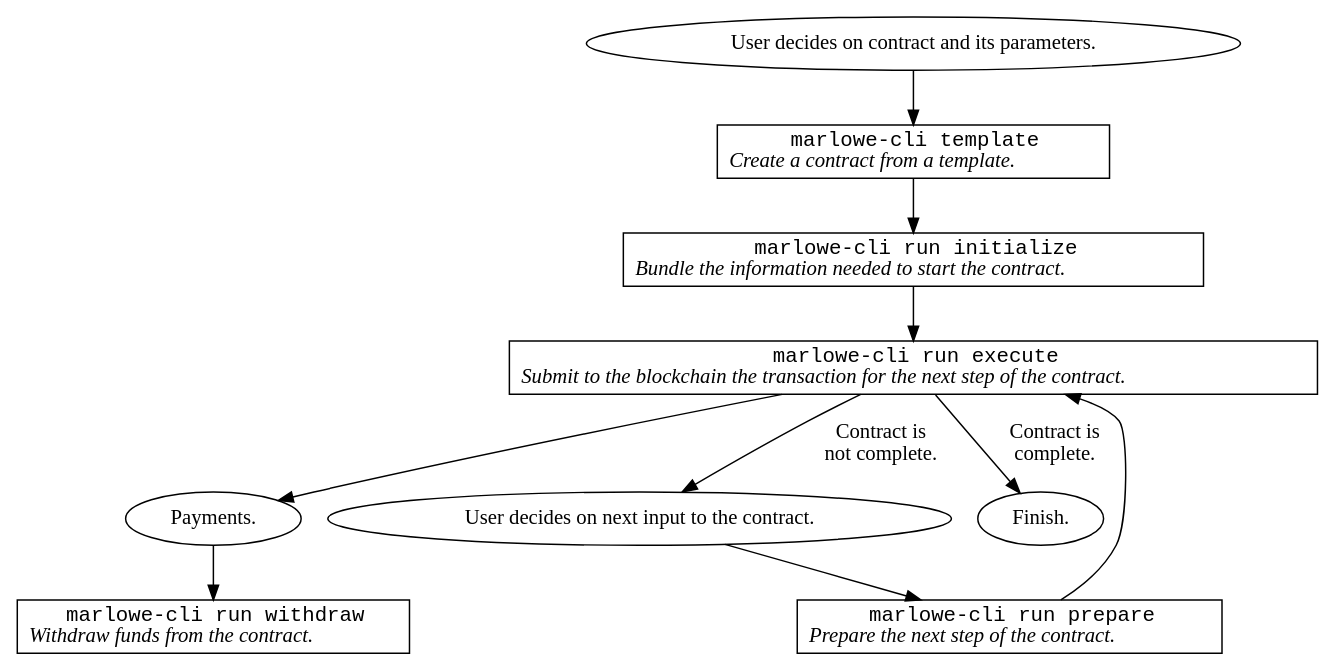
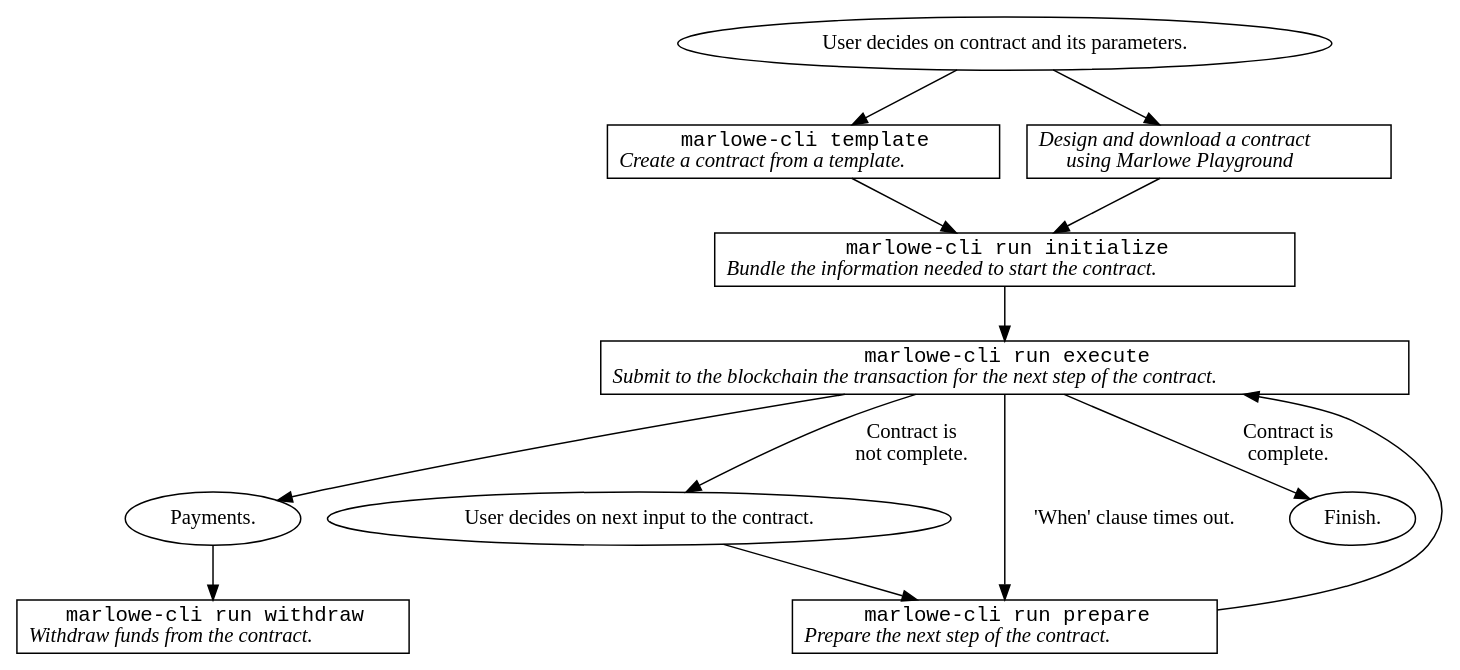
One commit to input-output-hk/marlowe-cardano changed the diagram in marlowe-cli/doc/diagrams/high-level-workflow.dot. Above: the diagram before and after it, drawn with Graphviz. The commit also changed 137 other files, not shown here.

```diff
--- a/marlowe-cli/doc/diagrams/high-level-workflow.dot
+++ b/marlowe-cli/doc/diagrams/high-level-workflow.dot
@@ -1,52 +1,62 @@
-digraph MarloweHL {
+digraph HighLevelConcrete {
 
 
 node [shape=box]
 
 
 UserSelect [shape=oval label="User decides on contract and its parameters."]
 
 
 Template [label=<<font face="monospace">marlowe-cli template</font><br/><i>Create a contract from a template.</i>>]
 
 UserSelect -> Template
 
 
+Playground [label=<<i>Design and download a contract<br/>using Marlowe Playground</i>>]
+
+UserSelect -> Playground
+
+
 Initialize [label=<<font face="monospace">marlowe-cli run initialize</font><br/><i>Bundle the information needed to start the contract.</i>>]
 
 Template -> Initialize
+
+Playground -> Initialize
 
 
 Execute [label=<<font face="monospace">marlowe-cli run execute</font><br/><i>Submit to the blockchain the transaction for the next step of the contract.</i>>]
 
 Initialize -> Execute
 
 
 Payments [shape=oval label="Payments."]
 
 Execute -> Payments
 
 
 Withdraw [label=<<font face="monospace">marlowe-cli run withdraw</font><br/><i>Withdraw funds from the contract.</i>>]
 
 Payments -> Withdraw
 
 
 UserInput [shape=oval label="User decides on next input to the contract."]
 
 Execute -> UserInput [label="Contract is\nnot complete."]
 
 
 Prepare [label=<<font face="monospace">marlowe-cli run prepare</font><br/><i>Prepare the next step of the contract.</i>>]
 
 UserInput -> Prepare
 
 Prepare -> Execute
 
 
 Close [shape=oval label="Finish."]
 
 Execute -> Close [label="Contract is\ncomplete."]
 
 
+Execute -> Prepare [label="'When' clause times out."]
+
+
 }
```
